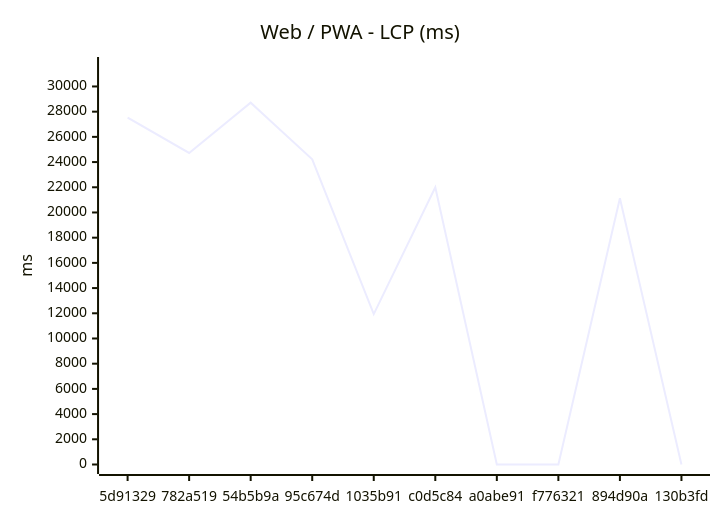
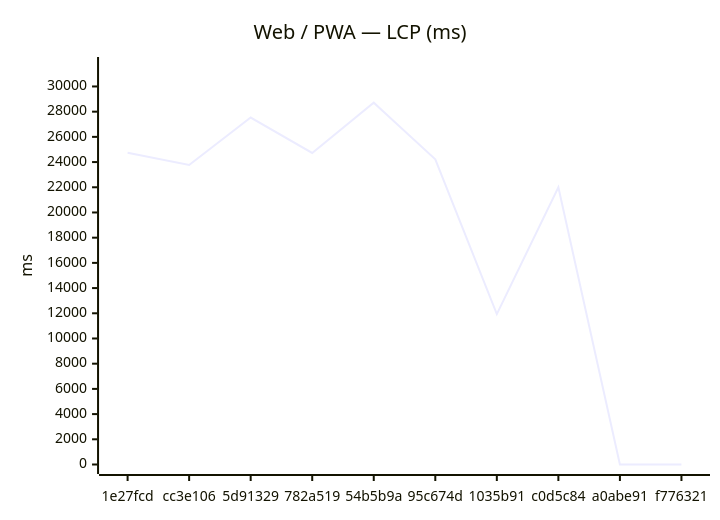
One commit to Metaheurist/Rianell changed the first of 18 diagrams in benchmarks/compare.md. Above: the diagram before and after it, drawn with Mermaid. The commit also changed other lines of this file and 12 other files, not shown here.

````diff
--- a/benchmarks/compare.md
+++ b/benchmarks/compare.md
@@ -24,7 +24,7 @@
 ```mermaid
 xychart-beta
-    title "Web / PWA - LCP (ms)"
-    x-axis ["5d91329", "782a519", "54b5b9a", "95c674d", "1035b91", "c0d5c84", "a0abe91", "f776321", "894d90a", "130b3fd"]
+    title "Web / PWA — LCP (ms)"
+    x-axis ["1e27fcd", "cc3e106", "5d91329", "782a519", "54b5b9a", "95c674d", "1035b91", "c0d5c84", "a0abe91", "f776321"]
     y-axis "ms" 0 --> 31584
-    line [27536, 24725, 28712, 24213, 11936, 21994, 0, 0, 21131, 0]
+    line [24744, 23765, 27536, 24725, 28712, 24213, 11936, 21994, 0, 0]
 ```
````
